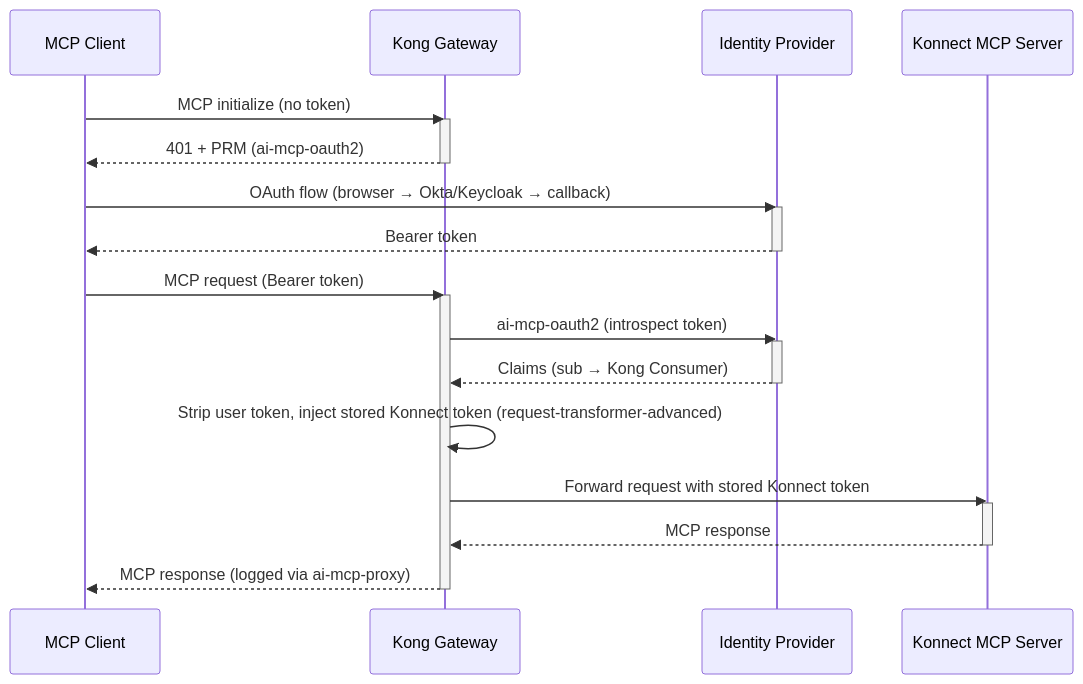
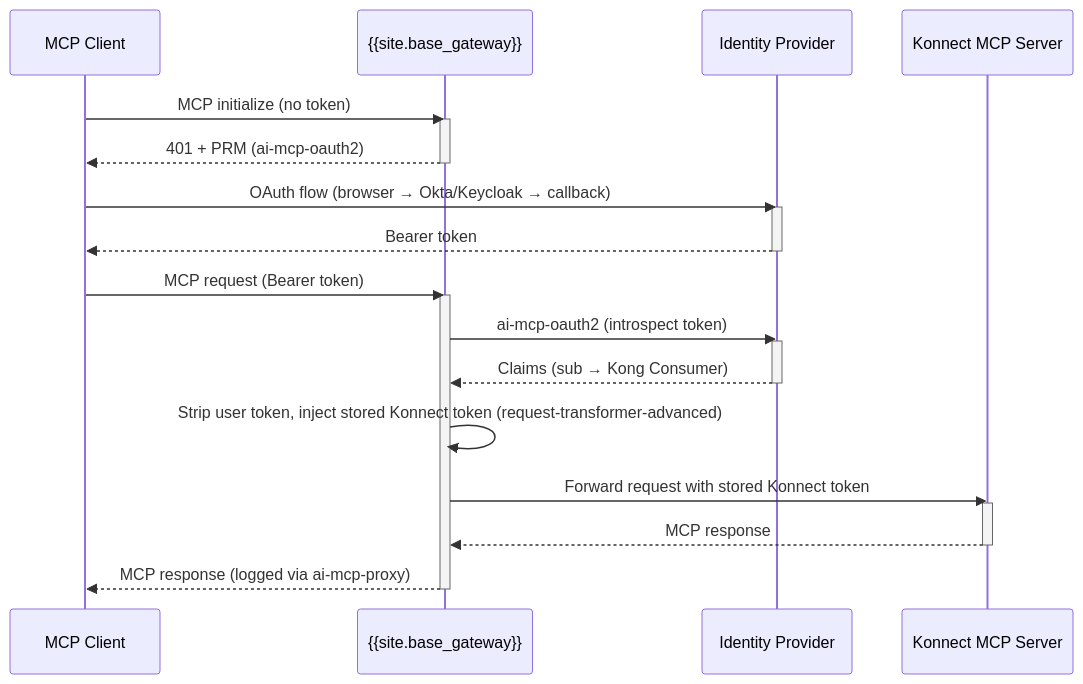
Before and after one commit to Kong/developer.konghq.com: the second of 2 diagrams in app/_cookbooks/secure-external-mcp-gateway.md, drawn with Mermaid. The commit also changed other lines of this file and 7 other files, not shown here.

```diff
--- a/app/_cookbooks/secure-external-mcp-gateway.md
+++ b/app/_cookbooks/secure-external-mcp-gateway.md
@@ -301,31 +301,31 @@
 {% mermaid %}
 sequenceDiagram
     participant C as MCP Client
-    participant K as Kong Gateway
+    participant K as {{site.base_gateway}}
     participant IdP as Identity Provider
     participant KM as Konnect MCP Server
 
     C->>K: MCP initialize (no token)
     activate K
     K-->>C: 401 + PRM (ai-mcp-oauth2)
     deactivate K
 
     C->>IdP: OAuth flow (browser → Okta/Keycloak → callback)
     activate IdP
     IdP-->>C: Bearer token
     deactivate IdP
 
     C->>K: MCP request (Bearer token)
     activate K
     K->>IdP: ai-mcp-oauth2 (introspect token)
     activate IdP
     IdP-->>K: Claims (sub → Kong Consumer)
     deactivate IdP
     K->>K: Strip user token, inject stored Konnect token (request-transformer-advanced)
     K->>KM: Forward request with stored Konnect token
     activate KM
     KM-->>K: MCP response
     deactivate KM
     K-->>C: MCP response (logged via ai-mcp-proxy)
     deactivate K
 {% endmermaid %}
```
